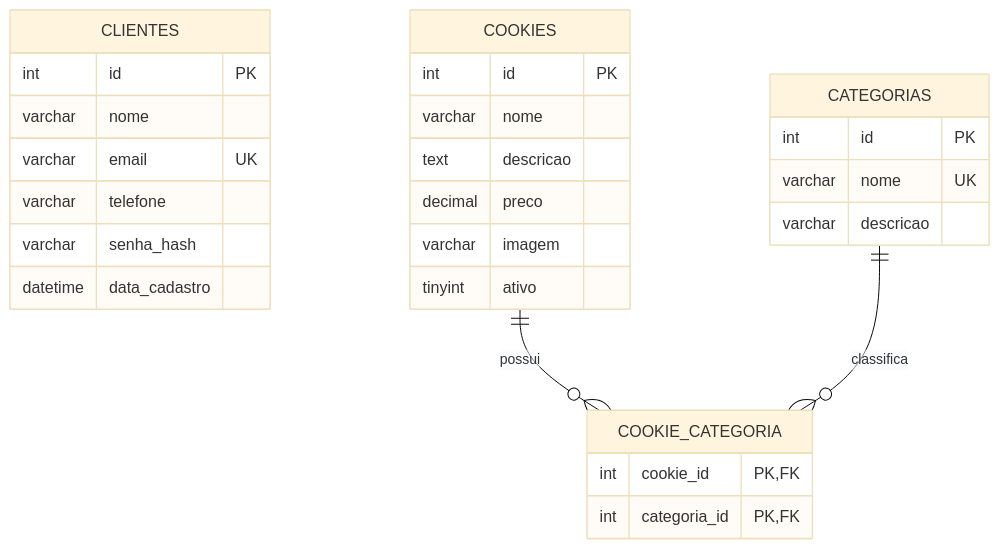
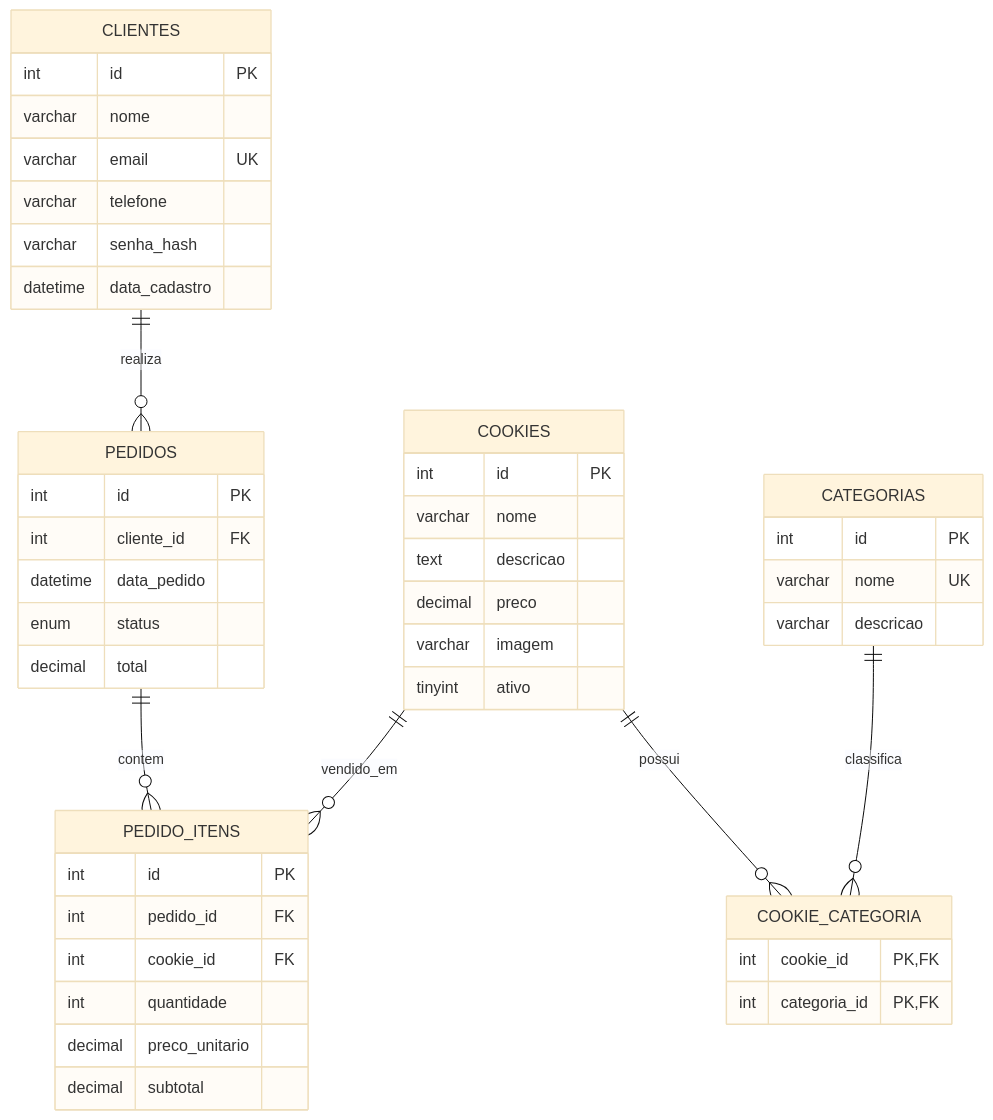
Before and after one commit to elissandrabc-bit/DreamyCookies: the diagram in database/DER.md, drawn with Mermaid (base theme). The commit also changed other lines of this file and 54 other files, not shown here.

````diff
--- a/database/DER.md
+++ b/database/DER.md
@@ -5,34 +5,54 @@
 ```mermaid
 erDiagram
     CLIENTES {
         int id PK
         varchar nome
         varchar email UK
         varchar telefone
         varchar senha_hash
         datetime data_cadastro
     }
 
     CATEGORIAS {
         int id PK
         varchar nome UK
         varchar descricao
     }
 
     COOKIES {
         int id PK
         varchar nome
         text descricao
         decimal preco
         varchar imagem
         tinyint ativo
     }
 
     COOKIE_CATEGORIA {
         int cookie_id PK,FK
         int categoria_id PK,FK
     }
 
+    PEDIDOS {
+        int id PK
+        int cliente_id FK
+        datetime data_pedido
+        enum status
+        decimal total
+    }
+
+    PEDIDO_ITENS {
+        int id PK
+        int pedido_id FK
+        int cookie_id FK
+        int quantidade
+        decimal preco_unitario
+        decimal subtotal
+    }
+
     COOKIES ||--o{ COOKIE_CATEGORIA : possui
     CATEGORIAS ||--o{ COOKIE_CATEGORIA : classifica
+    CLIENTES ||--o{ PEDIDOS : realiza
+    PEDIDOS ||--o{ PEDIDO_ITENS : contem
+    COOKIES ||--o{ PEDIDO_ITENS : vendido_em
 ```
````
